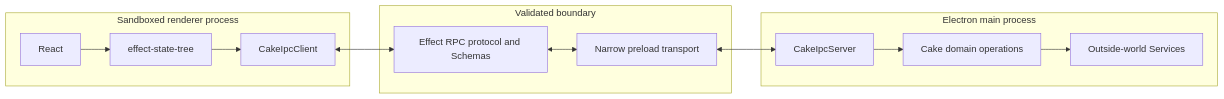
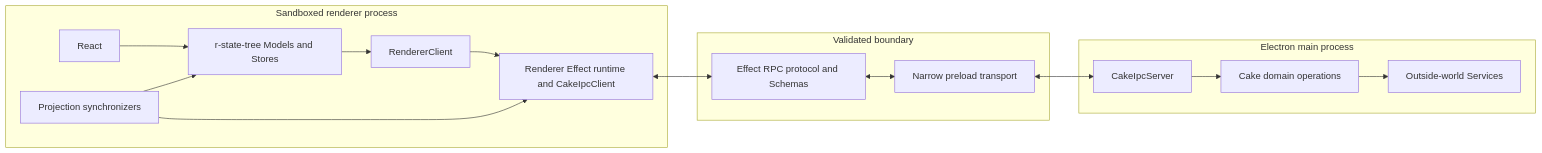
Before and after one commit to melnikov-s/cake: the diagram in docs/architecture/effect-architecture.md, drawn with Mermaid. The commit also changed other lines of this file and 84 other files, not shown here.

Commit message:
refactor: keep renderer state in r-state-tree

````diff
--- a/docs/architecture/effect-architecture.md
+++ b/docs/architecture/effect-architecture.md
@@ -15,27 +15,32 @@
 ```mermaid
 flowchart LR
   subgraph Renderer[Sandboxed renderer process]
     React[React]
-    StateTree[effect-state-tree]
-    Client[CakeIpcClient]
+    StateTree[r-state-tree Models and Stores]
+    Projections[Projection synchronizers]
+    Client[RendererClient]
+    Runtime[Renderer Effect runtime and CakeIpcClient]
     React --> StateTree
     StateTree --> Client
+    Projections --> StateTree
+    Client --> Runtime
+    Projections --> Runtime
   end
 
   subgraph Boundary[Validated boundary]
     Protocol[Effect RPC protocol and Schemas]
     Preload[Narrow preload transport]
   end
 
   subgraph Main[Electron main process]
     Server[CakeIpcServer]
     Domain[Cake domain operations]
     Services[Outside-world Services]
     Server --> Domain
     Domain --> Services
   end
 
-  Client <--> Protocol
+  Runtime <--> Protocol
   Protocol <--> Preload
   Preload <--> Server
 ```
````
